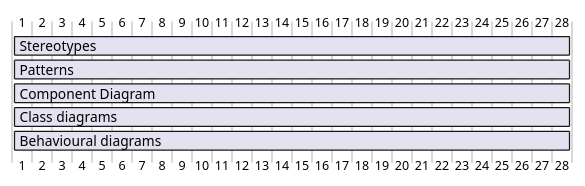
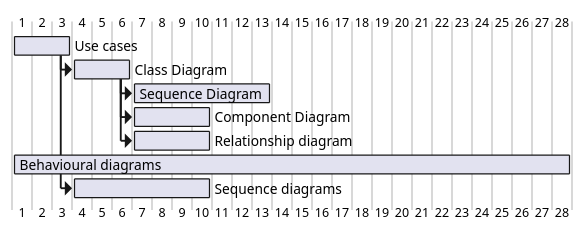
One commit to T12official/T12Official.github.io changed the diagram in docs/uml/architecture_breakdown.puml. Above: the diagram before and after it, drawn with PlantUML. The commit also changed 3 other files, not shown here.

Commit message:
added architecture gantt chart

```diff
--- a/docs/uml/architecture_breakdown.puml
+++ b/docs/uml/architecture_breakdown.puml
@@ -1,7 +1,17 @@
-@startgantt Architecture_Breakdown 
-[Stereotypes] lasts 4 weeks
-[Patterns] lasts 4 weeks
-[Component Diagram] lasts 4 weeks
-[Class diagrams] lasts 4 weeks
-[Behavioural diagrams] lasts 4 weeks
+@startgantt Architecture_Breakdown
+[Use cases] as [TASK0] lasts 3 days
+[Class Diagram] as [TASK1] lasts 3 days
+[Sequence Diagram] as [TASK2] lasts 1 weeks
+[Component Diagram] as [TASK3] lasts 4 days
+[Relationship diagram] as [TASK4] lasts 4 days
+[Behavioural diagrams] as [TASK5] lasts 4 weeks
+[Sequence diagrams] as [TASK6] lasts 1 weeks
+
+[TASK0] -> [TASK1]
+[TASK1] -> [TASK2]
+[TASK1] -> [TASK4]
+[TASK0] -> [TASK6]
+
+[TASK1] -> [TASK3]
+
 @endgantt
```
